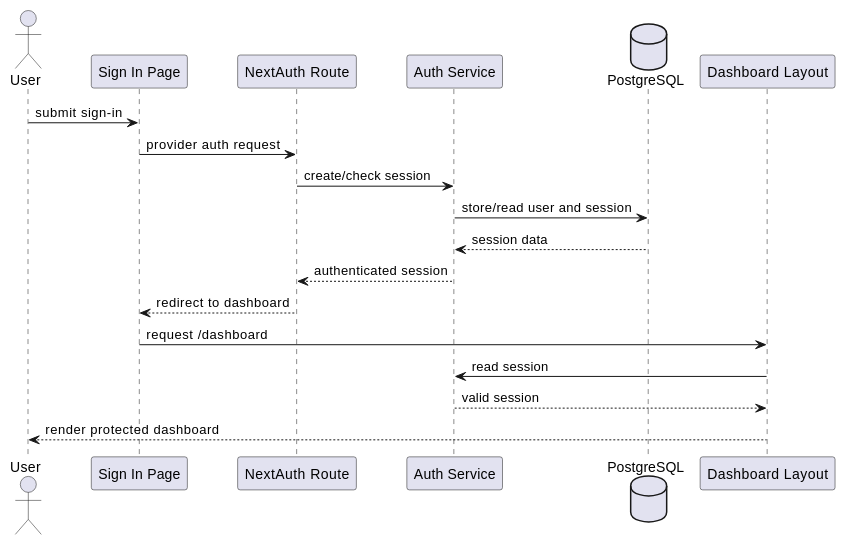
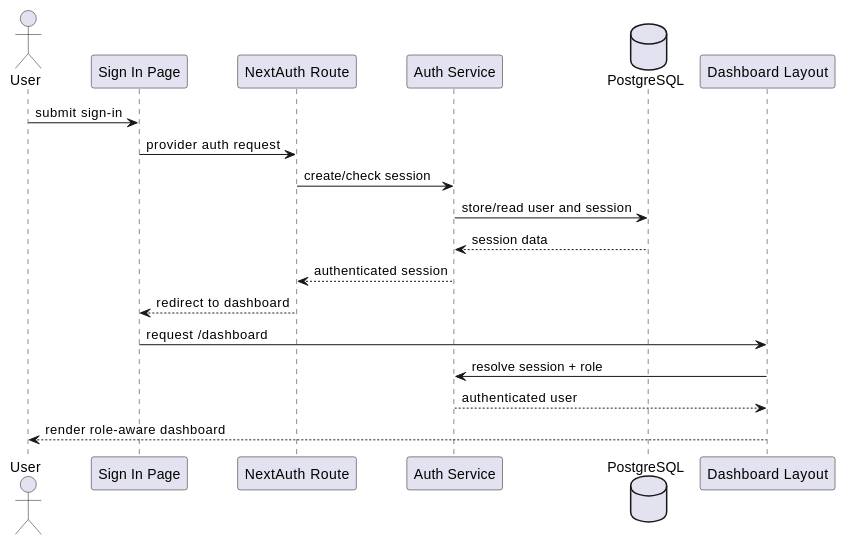
The fourth of 10 diagrams in docs/SOFTWARE_CONCEPTION.md (mohammedJaffal/skool), drawn with PlantUML before and after one commit. The commit also changed other lines of this file and 2 other files, not shown here.

Commit message:
Align software conception with UML reference PDF

````diff
--- a/docs/SOFTWARE_CONCEPTION.md
+++ b/docs/SOFTWARE_CONCEPTION.md
@@ -728,22 +924,22 @@
 ```plantuml
 @startuml
 actor User
 participant "Sign In Page" as UI
 participant "NextAuth Route" as AuthRoute
 participant "Auth Service" as AuthService
 database "PostgreSQL" as DB
 participant "Dashboard Layout" as Dashboard
 
 User -> UI : submit sign-in
 UI -> AuthRoute : provider auth request
 AuthRoute -> AuthService : create/check session
 AuthService -> DB : store/read user and session
 DB --> AuthService : session data
 AuthService --> AuthRoute : authenticated session
 AuthRoute --> UI : redirect to dashboard
 UI -> Dashboard : request /dashboard
-Dashboard -> AuthService : read session
-AuthService --> Dashboard : valid session
-Dashboard --> User : render protected dashboard
+Dashboard -> AuthService : resolve session + role
+AuthService --> Dashboard : authenticated user
+Dashboard --> User : render role-aware dashboard
 @enduml
 ```
````
